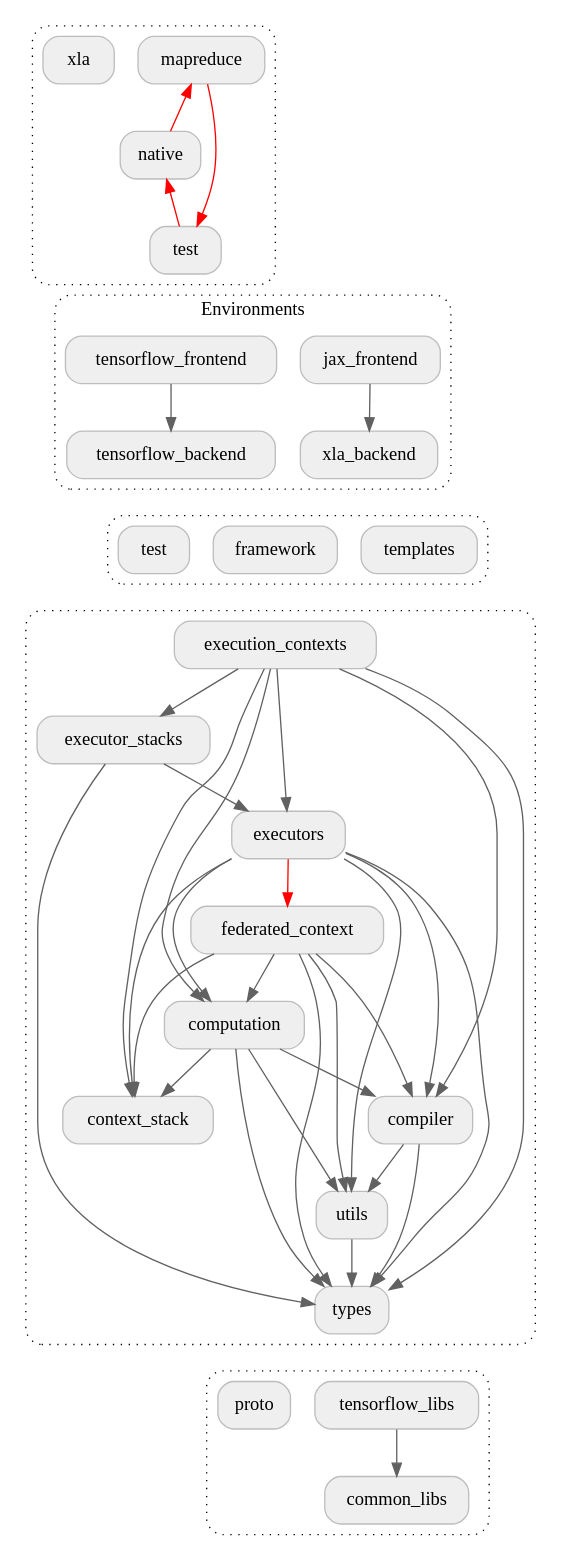
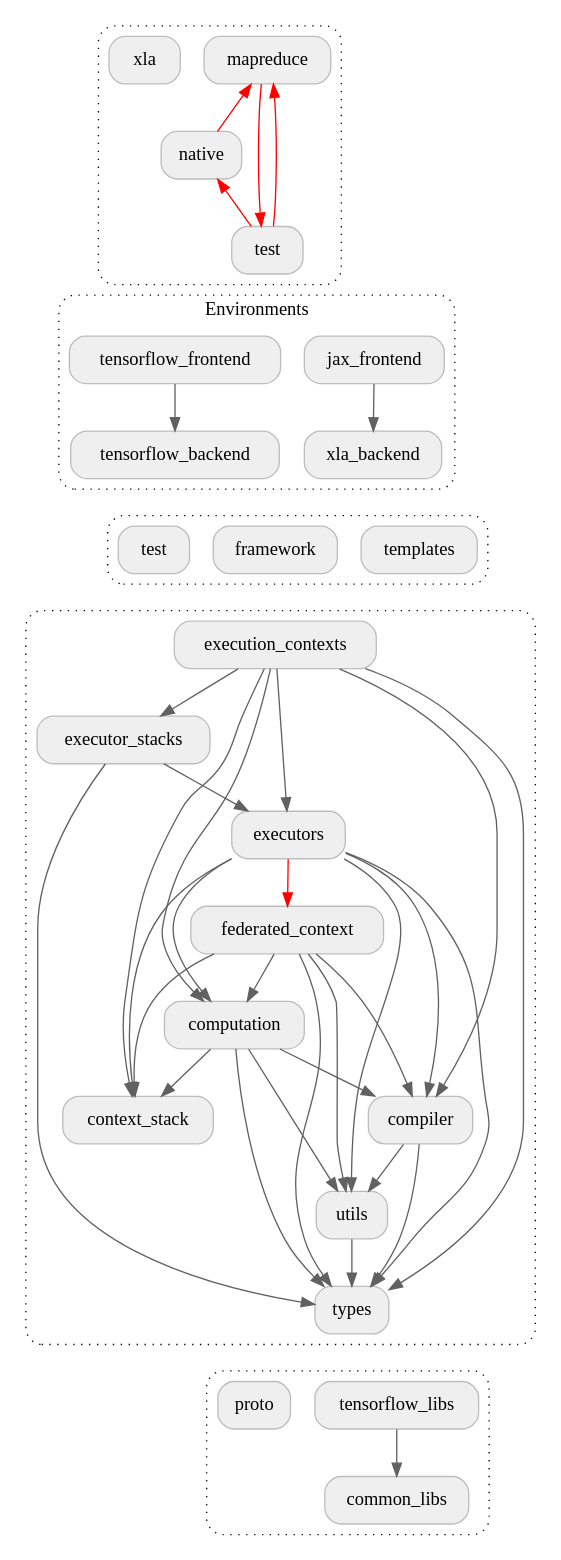
One commit to google-parfait/tensorflow-federated changed the diagram in docs/design/package_structure_core.dot. Above: the diagram before and after it, drawn with Graphviz. The commit also changed 32 other files, not shown here.

```diff
--- a/docs/design/package_structure_core.dot
+++ b/docs/design/package_structure_core.dot
@@ -1,99 +1,101 @@
 digraph {
   graph [style="dotted,rounded"]
   node [shape="box", style="rounded,filled", fillcolor="#efefef", color="#bdbdbd"]
   edge [color="#616161"]
 
   subgraph cluster_backends {
     graph [href="https://github.com/google-parfait/tensorflow-federated/blob/main/tensorflow_federated/python/core/backends" target="_parent"]
     mapreduce [href="https://github.com/google-parfait/tensorflow-federated/blob/main/tensorflow_federated/python/core/backends/mapreduce" target="_parent"]
     native [href="https://github.com/google-parfait/tensorflow-federated/blob/main/tensorflow_federated/python/core/backends/native" target="_parent"]
     backends_test [label="test", href="https://github.com/google-parfait/tensorflow-federated/blob/main/tensorflow_federated/python/core/backends/test" target="_parent"]
     xla [href="https://github.com/google-parfait/tensorflow-federated/blob/main/tensorflow_federated/python/core/backends/xla" target="_parent"]
   }
 
   // TODO: b/233800075 - Remove dependency from `native` to `mapreduce`.
   mapreduce -> native [dir=back, color="#ff0000"]
   // TODO: b/233800373 - Remove dependency from `test` to `native`.
   native -> backends_test [dir=back, color="#ff0000"]
   // TODO: b/233801300 - Remove dependency from `mapreduce` to `test`.
   mapreduce -> backends_test [color="#ff0000"]
+  // TODO: b/349685709 - Remove dependency from `test` to `mapreduce`.
+  backends_test -> mapreduce [color="#ff0000"]
   backends_test -> jax_frontend [arrowhead="none", style="invisible"]
   backends_test -> tensorflow_frontend [arrowhead="none", style="invisible"]
 
   subgraph cluster_environments {
     graph [label="Environments", href="https://github.com/google-parfait/tensorflow-federated/blob/main/tensorflow_federated/python/core/environments" target="_parent"]
     jax_frontend [href="https://github.com/google-parfait/tensorflow-federated/blob/main/tensorflow_federated/python/core/environments/jax_frontend" target="_parent"]
     xla_backend [href="https://github.com/google-parfait/tensorflow-federated/blob/main/tensorflow_federated/python/core/environments/xla_backend" target="_parent"]
     tensorflow_frontend [href="https://github.com/google-parfait/tensorflow-federated/blob/main/tensorflow_federated/python/core/environments/tensorflow_frontend" target="_parent"]
     tensorflow_backend [href="https://github.com/google-parfait/tensorflow-federated/blob/main/tensorflow_federated/python/core/environments/tensorflow_backend" target="_parent"]
   }
 
   jax_frontend -> xla_backend
   xla_backend -> framework [arrowhead="none", style="invisible"]
   xla_backend -> test [arrowhead="none", style="invisible"]
   xla_backend -> templates [arrowhead="none", style="invisible"]
   tensorflow_frontend -> tensorflow_backend
   tensorflow_backend -> framework [arrowhead="none", style="invisible"]
   tensorflow_backend -> test [arrowhead="none", style="invisible"]
   tensorflow_backend -> templates [arrowhead="none", style="invisible"]
 
   subgraph cluster_core_1 {
     framework [href="https://github.com/google-parfait/tensorflow-federated/blob/main/tensorflow_federated/python/core/framework" target="_parent"]
     test [href="https://github.com/google-parfait/tensorflow-federated/blob/main/tensorflow_federated/python/core/test" target="_parent"]
     templates [href="https://github.com/google-parfait/tensorflow-federated/blob/main/tensorflow_federated/python/core/templates" target="_parent"]
   }
 
   framework -> execution_contexts [arrowhead="none", style="invisible"]
   test -> execution_contexts [arrowhead="none", style="invisible"]
   templates -> execution_contexts [arrowhead="none", style="invisible"]
 
   subgraph cluster_core_2 {
     graph [href="https://github.com/google-parfait/tensorflow-federated/blob/main/tensorflow_federated/python/core/impl" target="_parent"]
     execution_contexts [href="https://github.com/google-parfait/tensorflow-federated/blob/main/tensorflow_federated/python/core/impl/execution_contexts" target="_parent"]
     executor_stacks [href="https://github.com/google-parfait/tensorflow-federated/blob/main/tensorflow_federated/python/core/impl/executor_stacks" target="_parent"]
     executors [href="https://github.com/google-parfait/tensorflow-federated/blob/main/tensorflow_federated/python/core/impl/executors" target="_parent"]
     federated_context [href="https://github.com/google-parfait/tensorflow-federated/blob/main/tensorflow_federated/python/core/impl/federated_context" target="_parent"]
     computation [href="https://github.com/google-parfait/tensorflow-federated/blob/main/tensorflow_federated/python/core/impl/computation" target="_parent"]
     compiler [href="https://github.com/google-parfait/tensorflow-federated/blob/main/tensorflow_federated/python/core/impl/compiler" target="_parent"]
     utils [href="https://github.com/google-parfait/tensorflow-federated/blob/main/tensorflow_federated/python/core/impl/utils" target="_parent"]
     types [href="https://github.com/google-parfait/tensorflow-federated/blob/main/tensorflow_federated/python/core/impl/types" target="_parent"]
     context_stack [href="https://github.com/google-parfait/tensorflow-federated/blob/main/tensorflow_federated/python/core/impl/context_stack" target="_parent"]
   }
 
   execution_contexts -> executor_stacks
   execution_contexts -> executors
   execution_contexts -> computation
   execution_contexts -> compiler
   execution_contexts -> types
   execution_contexts -> context_stack
   executor_stacks -> executors
   executor_stacks -> types
   executors -> federated_context [color="#ff0000"]
   executors -> computation
   executors -> compiler
   executors -> utils
   executors -> types
   executors -> context_stack
   federated_context -> computation
   federated_context -> compiler
   federated_context -> utils
   federated_context -> types
   federated_context -> context_stack
   computation -> compiler
   computation -> utils
   computation -> types
   computation -> context_stack
   compiler -> utils
   compiler -> types
   utils -> types
   types -> tensorflow_libs [arrowhead="none", style="invisible"]
   types -> proto [arrowhead="none", style="invisible"]
 
   subgraph cluster_core_3 {
     tensorflow_libs [href="https://github.com/google-parfait/tensorflow-federated/blob/main/tensorflow_federated/python/tensorflow_libs" target="_parent"]
     common_libs [href="https://github.com/google-parfait/tensorflow-federated/blob/main/tensorflow_federated/python/common_libs" target="_parent"]
     proto [href="https://github.com/google-parfait/tensorflow-federated/blob/main/tensorflow_federated/proto" target="_parent"]
   }
 
   tensorflow_libs -> common_libs
 }
```
